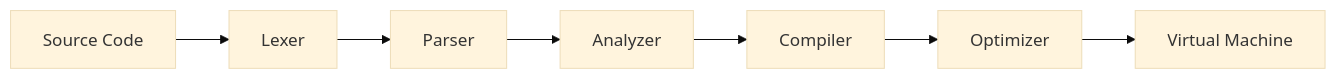
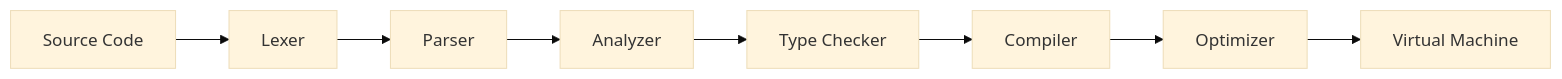
Before and after one commit to robcox2910/pebble-lang: the diagram in docs/index.md, drawn with Mermaid (base theme). The commit also changed other lines of this file and 5 other files, not shown here.

````diff
--- a/docs/index.md
+++ b/docs/index.md
@@ -33,9 +33,10 @@
 ```mermaid
 graph LR
     A[Source Code] --> B[Lexer]
     B --> C[Parser]
     C --> D[Analyzer]
-    D --> E[Compiler]
-    E --> F[Optimizer]
-    F --> G[Virtual Machine]
+    D --> E[Type Checker]
+    E --> F[Compiler]
+    F --> G[Optimizer]
+    G --> H[Virtual Machine]
 ```
````
